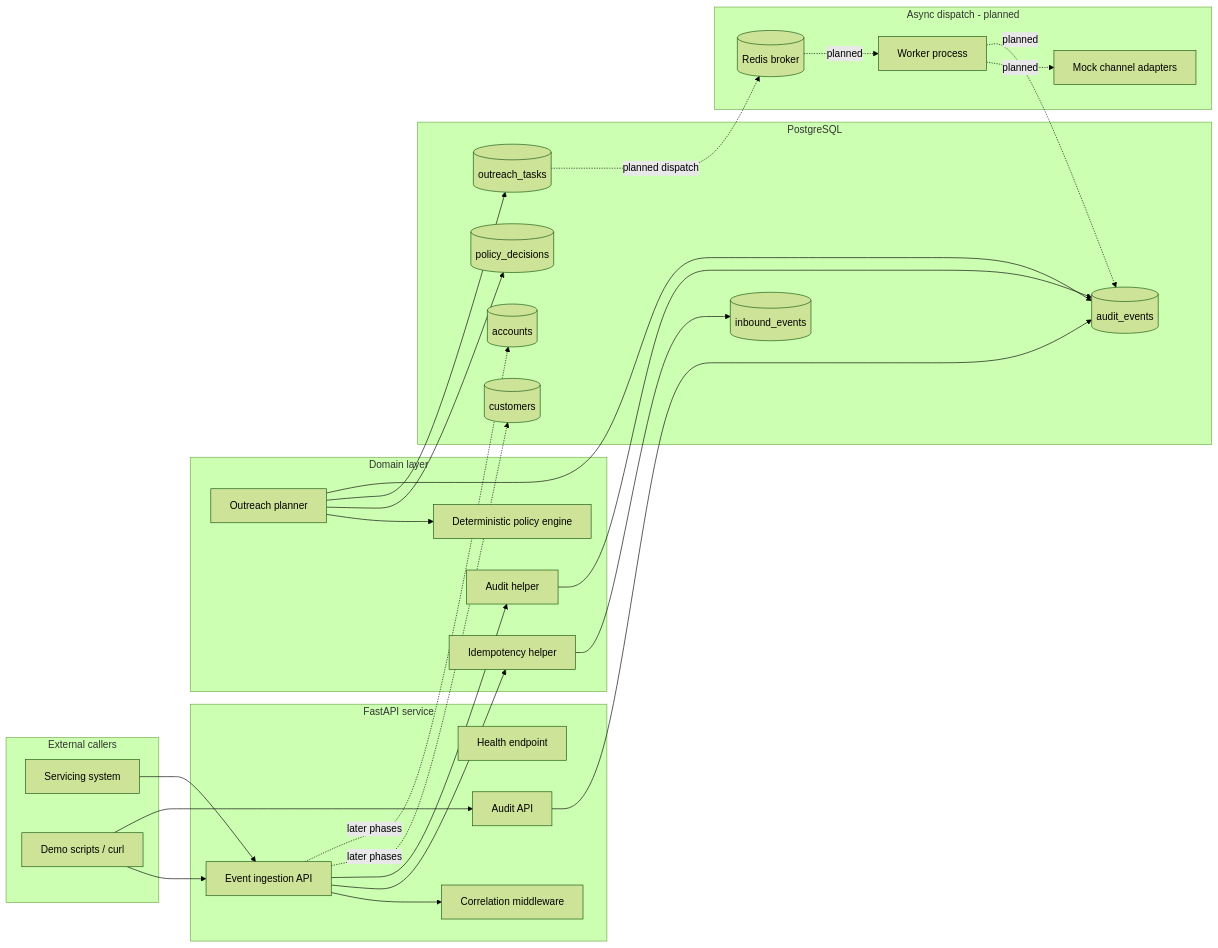
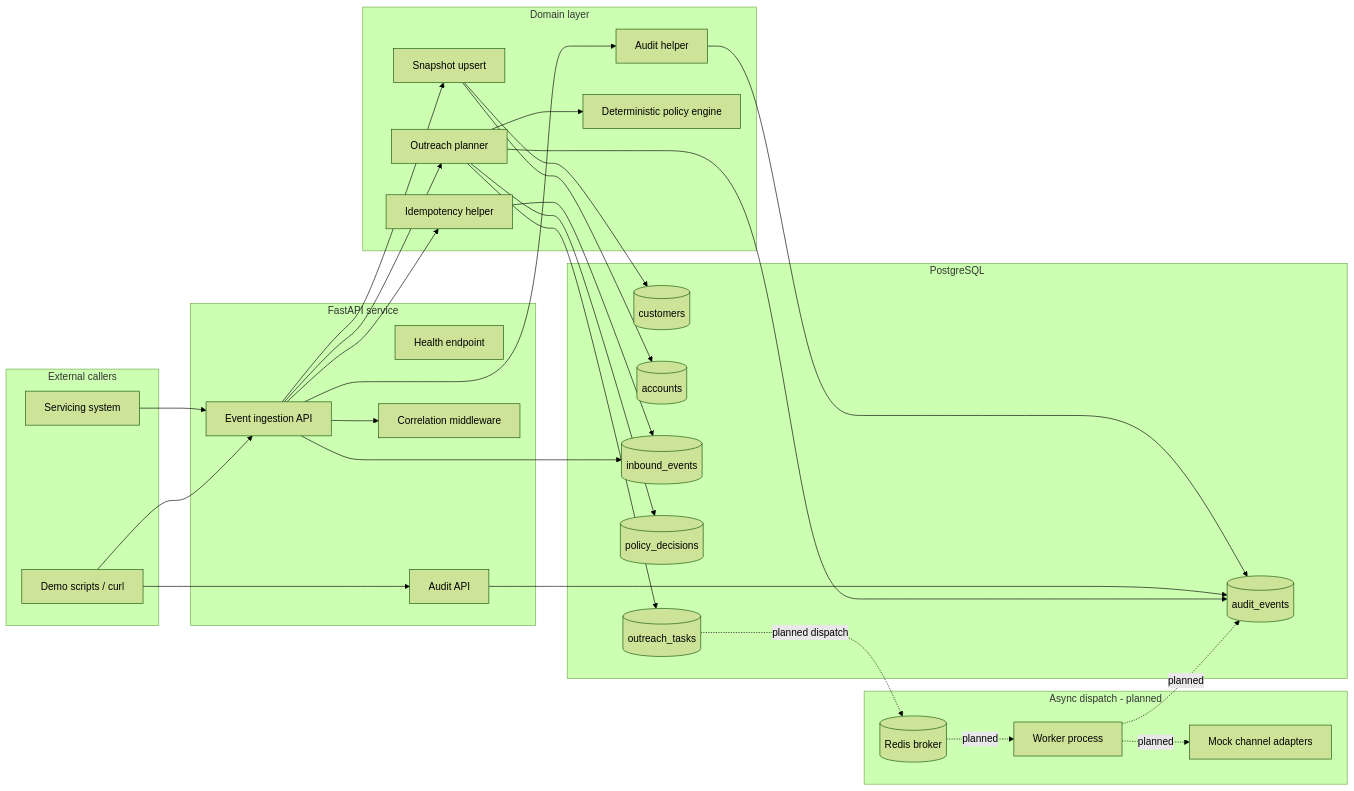
One commit to rafa761/ai-compliance-orquestrator changed the second of 2 diagrams in README.md. Above: the diagram before and after it, drawn with Mermaid (forest theme). The commit also changed other lines of this file and 23 other files, not shown here.

````diff
--- a/README.md
+++ b/README.md
@@ -97,56 +104,60 @@
 ```mermaid
 flowchart LR
     subgraph Clients[External callers]
         Servicing[Servicing system]
         Demo[Demo scripts / curl]
     end
 
     subgraph API[FastAPI service]
         Health[Health endpoint]
         Events[Event ingestion API]
         AuditAPI[Audit API]
         Correlation[Correlation middleware]
     end
 
     subgraph Domain[Domain layer]
         Idempotency[Idempotency helper]
+        SnapshotUpsert[Snapshot upsert]
         AuditHelper[Audit helper]
         Policy[Deterministic policy engine]
         Planner[Outreach planner]
     end
 
     subgraph Data[PostgreSQL]
         Customers[(customers)]
         Accounts[(accounts)]
         Inbound[(inbound_events)]
         Decisions[(policy_decisions)]
         Tasks[(outreach_tasks)]
         Audit[(audit_events)]
     end
 
     subgraph Async[Async dispatch - planned]
         Redis[(Redis broker)]
         Worker[Worker process]
         Adapters[Mock channel adapters]
     end
 
     Servicing --> Events
     Demo --> Events
     Demo --> AuditAPI
     Events --> Correlation
     Events --> Idempotency
+    Events --> SnapshotUpsert
     Events --> AuditHelper
+    Events --> Planner
+    Events --> Inbound
+    SnapshotUpsert --> Customers
+    SnapshotUpsert --> Accounts
     Idempotency --> Inbound
     AuditHelper --> Audit
     AuditAPI --> Audit
     Planner --> Policy
     Planner --> Decisions
     Planner --> Tasks
     Planner --> Audit
     Tasks -. planned dispatch .-> Redis
     Redis -. planned .-> Worker
     Worker -. planned .-> Adapters
     Worker -. planned .-> Audit
-    Events -. later phases .-> Customers
-    Events -. later phases .-> Accounts
 ```
````
